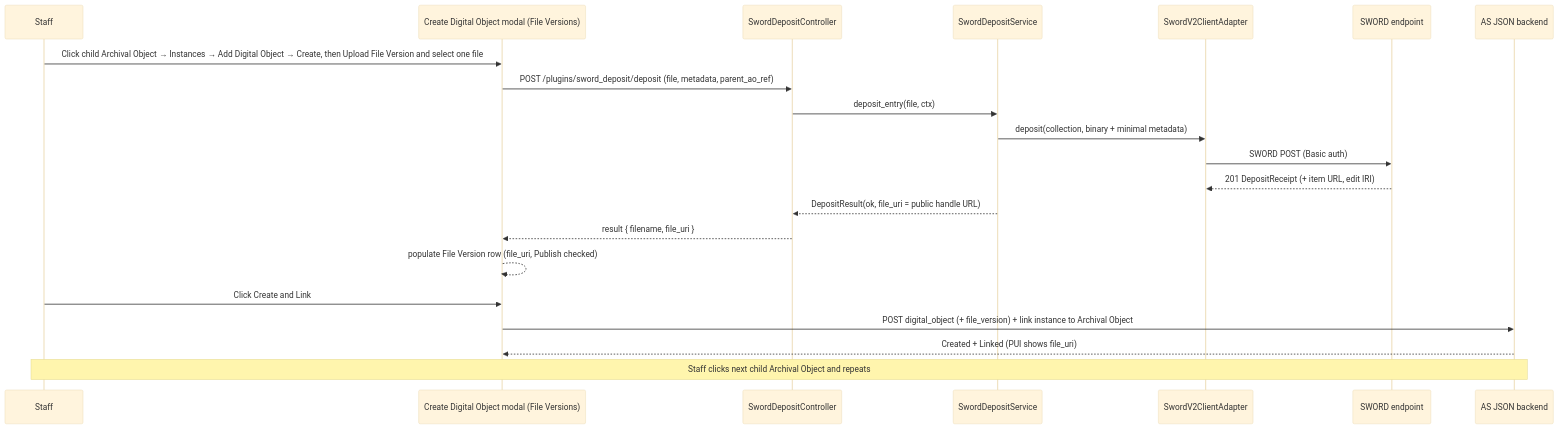
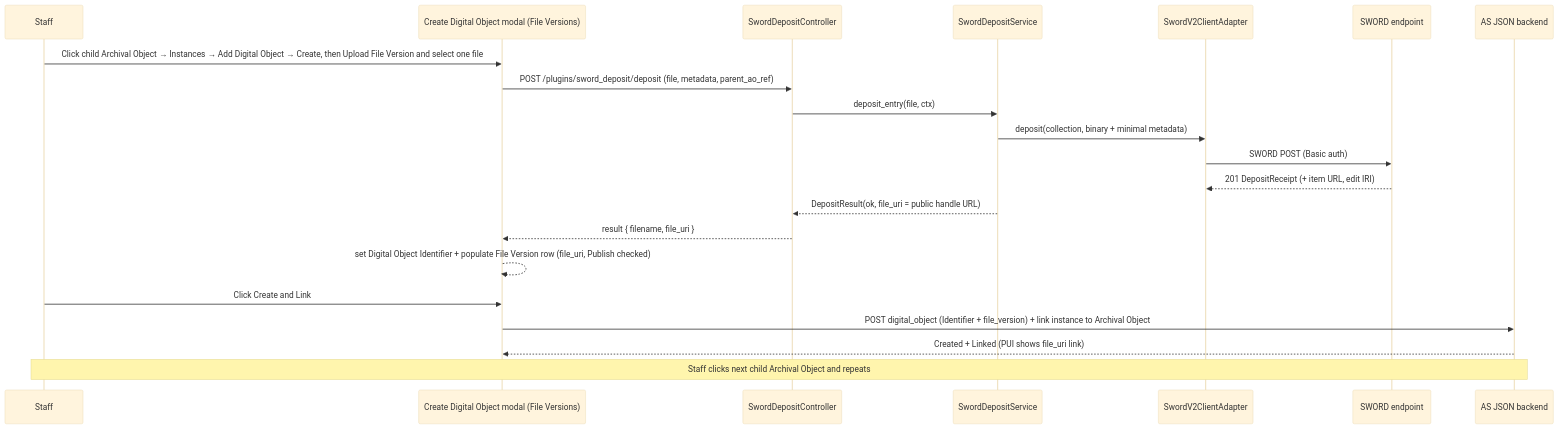
The second of 4 diagrams in specs/A3-4-dev-high-as-sword-deposit.md (ryanttb/LyrasisInteroperabilityProject), drawn with Mermaid (base theme) before and after one commit. The commit also changed other lines of this file and 2 other files, not shown here.

Commit message:
A3-4 include Identifier as required, Mode C creates File Version

````diff
--- a/specs/A3-4-dev-high-as-sword-deposit.md
+++ b/specs/A3-4-dev-high-as-sword-deposit.md
@@ -731,24 +745,24 @@
 ```mermaid
 sequenceDiagram
   participant S as Staff
   participant UI as Create Digital Object modal (File Versions)
   participant C as SwordDepositController
   participant Svc as SwordDepositService
   participant A as SwordV2ClientAdapter
   participant DS as SWORD endpoint
   participant B as AS JSON backend
 
   S->>UI: Click child Archival Object → Instances → Add Digital Object → Create, then Upload File Version and select one file
   UI->>C: POST /plugins/sword_deposit/deposit (file, metadata, parent_ao_ref)
   C->>Svc: deposit_entry(file, ctx)
   Svc->>A: deposit(collection, binary + minimal metadata)
   A->>DS: SWORD POST (Basic auth)
   DS-->>A: 201 DepositReceipt (+ item URL, edit IRI)
   Svc-->>C: DepositResult(ok, file_uri = public handle URL)
   C-->>UI: result { filename, file_uri }
-  UI-->>UI: populate File Version row (file_uri, Publish checked)
+  UI-->>UI: set Digital Object Identifier + populate File Version row (file_uri, Publish checked)
   S->>UI: Click Create and Link
-  UI->>B: POST digital_object (+ file_version) + link instance to Archival Object
-  B-->>UI: Created + Linked (PUI shows file_uri)
+  UI->>B: POST digital_object (Identifier + file_version) + link instance to Archival Object
+  B-->>UI: Created + Linked (PUI shows file_uri link)
   Note over S,B: Staff clicks next child Archival Object and repeats
 ```
````
